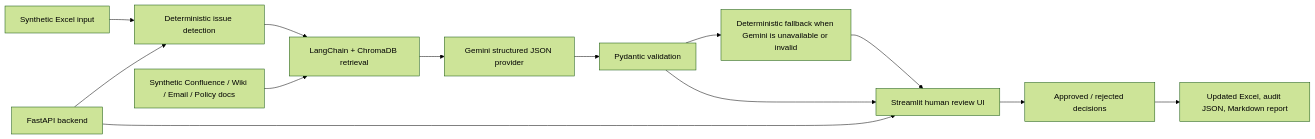
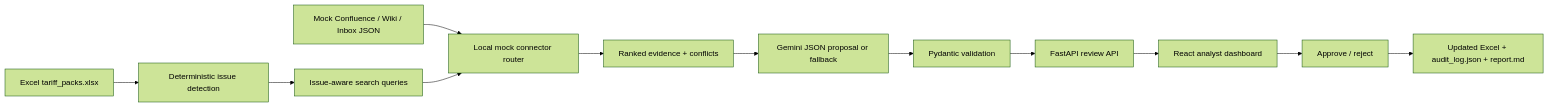
The diagram in README.md (Kamal578/tariff-intelligence-agent-demo), drawn with Mermaid (forest theme) before and after one commit. The commit also changed other lines of this file, not shown here.

````diff
--- a/README.md
+++ b/README.md
@@ -13,15 +13,14 @@
 ```mermaid
 flowchart LR
-    Excel["Synthetic Excel input"] --> Tools["Deterministic issue detection"]
-    Tools --> RAG["LangChain + ChromaDB retrieval"]
-    KB["Synthetic Confluence / Wiki / Email / Policy docs"] --> RAG
-    RAG --> LLM["Gemini structured JSON provider"]
-    LLM --> Validate["Pydantic validation"]
-    Validate --> Fallback["Deterministic fallback when Gemini is unavailable or invalid"]
-    Fallback --> Review["Streamlit human review UI"]
-    Validate --> Review
-    Review --> Approved["Approved / rejected decisions"]
-    Approved --> Output["Updated Excel, audit JSON, Markdown report"]
-    API["FastAPI backend"] --> Tools
-    API --> Review
+    Excel["Excel tariff_packs.xlsx"] --> Detect["Deterministic issue detection"]
+    Detect --> Query["Issue-aware search queries"]
+    Sources["Mock Confluence / Wiki / Inbox JSON"] --> Connectors["Local mock connector router"]
+    Query --> Connectors
+    Connectors --> Evidence["Ranked evidence + conflicts"]
+    Evidence --> LLM["Gemini JSON proposal or fallback"]
+    LLM --> Pydantic["Pydantic validation"]
+    Pydantic --> API["FastAPI review API"]
+    API --> React["React analyst dashboard"]
+    React --> Review["Approve / reject"]
+    Review --> Output["Updated Excel + audit_log.json + report.md"]
 ```
````
